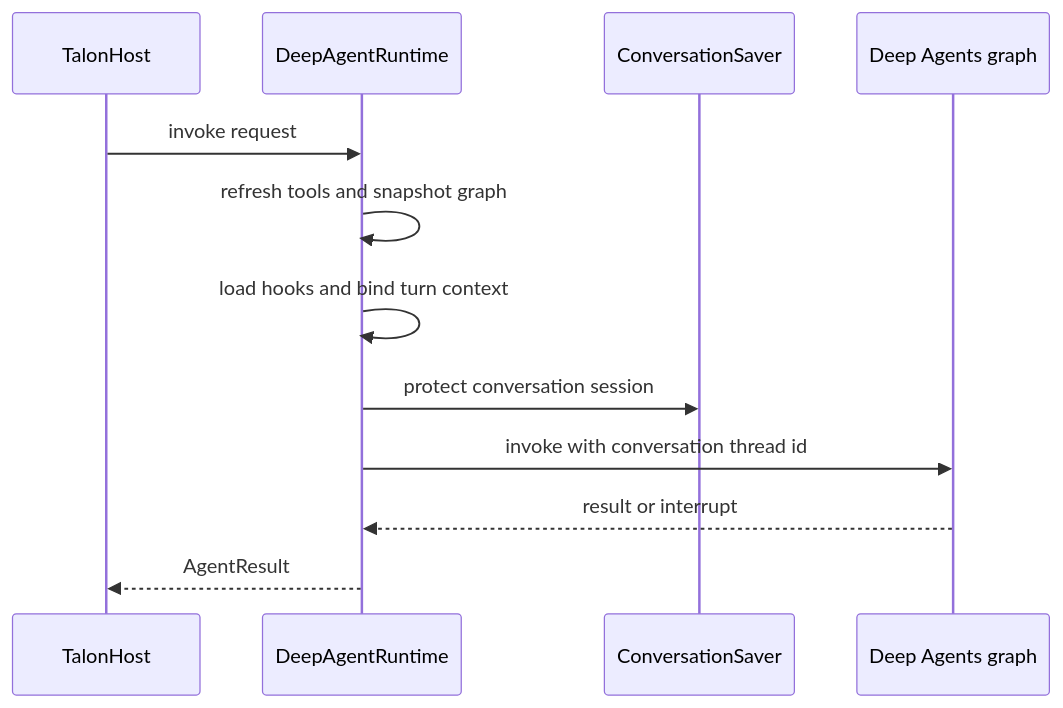
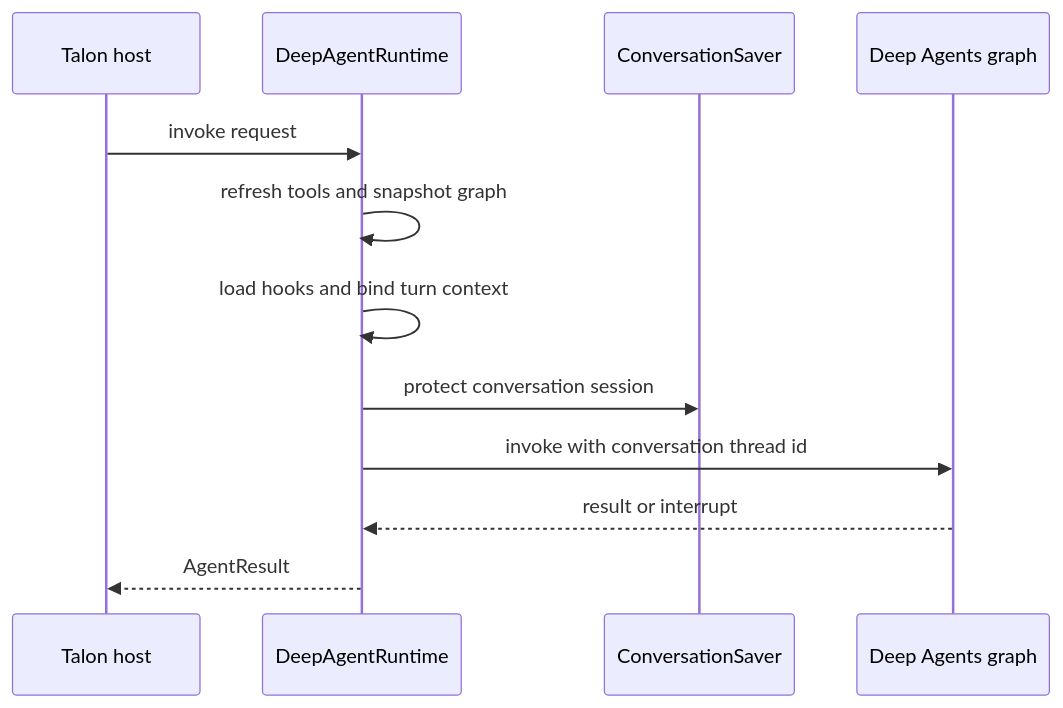
Before and after one commit to langchain-ai/deepagents: the third of 3 diagrams in openwiki/architecture/source-map.md, drawn with Mermaid. The commit also changed other lines of this file and 44 other files, not shown here.

````diff
--- a/openwiki/architecture/source-map.md
+++ b/openwiki/architecture/source-map.md
@@ -98,14 +137,14 @@
 ```mermaid
 sequenceDiagram
-  participant Host as TalonHost
+  participant Host as Talon host
   participant Runtime as DeepAgentRuntime
   participant Saver as ConversationSaver
   participant Graph as Deep Agents graph
   Host->>Runtime: invoke request
   Runtime->>Runtime: refresh tools and snapshot graph
   Runtime->>Runtime: load hooks and bind turn context
   Runtime->>Saver: protect conversation session
   Runtime->>Graph: invoke with conversation thread id
   Graph-->>Runtime: result or interrupt
   Runtime-->>Host: AgentResult
 ```
````
